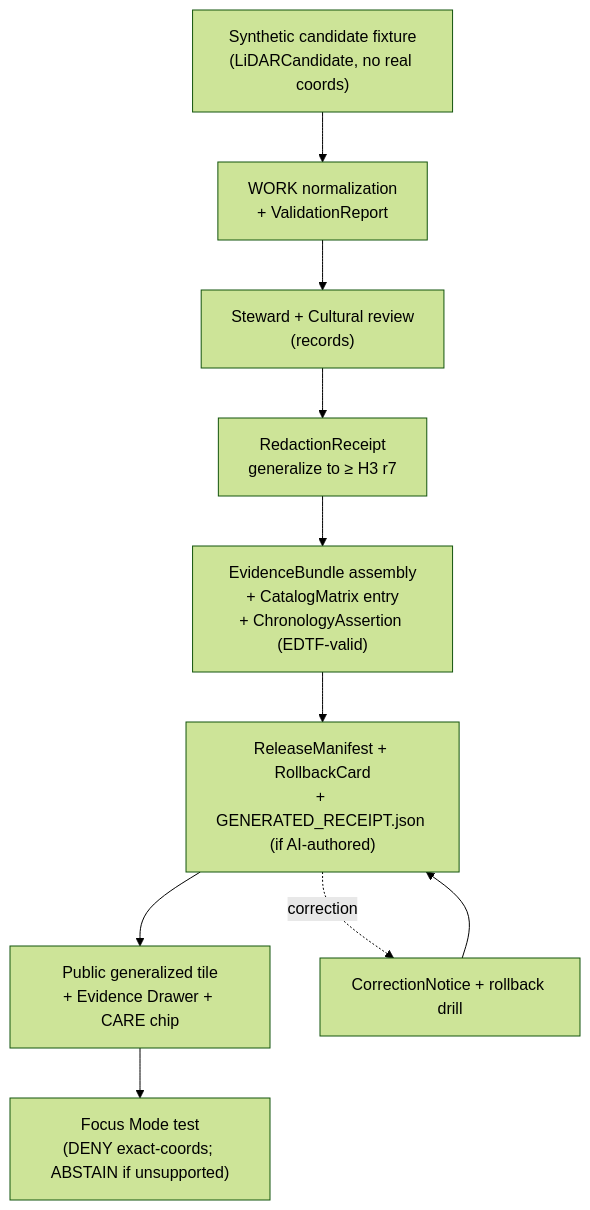
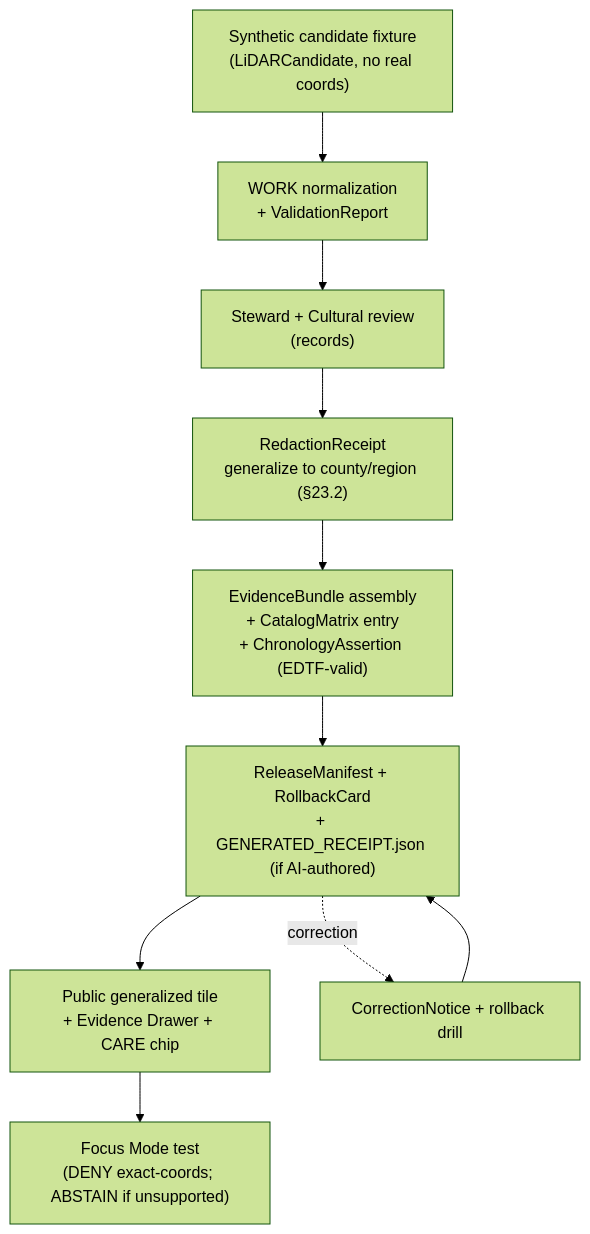
Before and after one commit to bartytime4life/Kansas-Frontier-Matrix: the fifth of 5 diagrams in docs/domains/archaeology/EXPANSION_PLAN.md, drawn with Mermaid (forest theme). The commit also changed other lines of this file, not shown here.

````diff
--- a/docs/domains/archaeology/EXPANSION_PLAN.md
+++ b/docs/domains/archaeology/EXPANSION_PLAN.md
@@ -473,13 +486,13 @@
 ```mermaid
 flowchart TB
   A["Synthetic candidate fixture<br/>(LiDARCandidate, no real coords)"] --> B["WORK normalization<br/>+ ValidationReport"]
   B --> C["Steward + Cultural review<br/>(records)"]
-  C --> D["RedactionReceipt<br/>generalize to ≥ H3 r7"]
+  C --> D["RedactionReceipt<br/>generalize to county/region (§23.2)"]
   D --> E["EvidenceBundle assembly<br/>+ CatalogMatrix entry<br/>+ ChronologyAssertion (EDTF-valid)"]
   E --> F["ReleaseManifest + RollbackCard<br/>+ GENERATED_RECEIPT.json (if AI-authored)"]
   F --> G["Public generalized tile<br/>+ Evidence Drawer + CARE chip"]
   G --> H["Focus Mode test<br/>(DENY exact-coords; ABSTAIN if unsupported)"]
 
   F -. correction .-> X["CorrectionNotice + rollback drill"]
   X --> F
 ```
````
